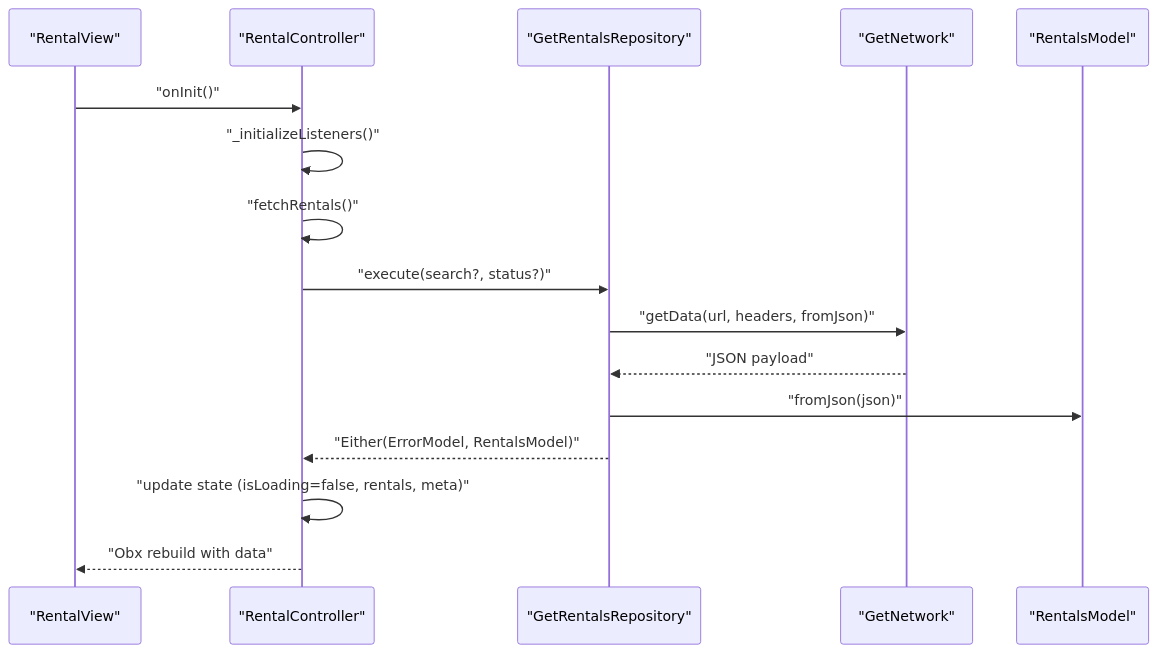
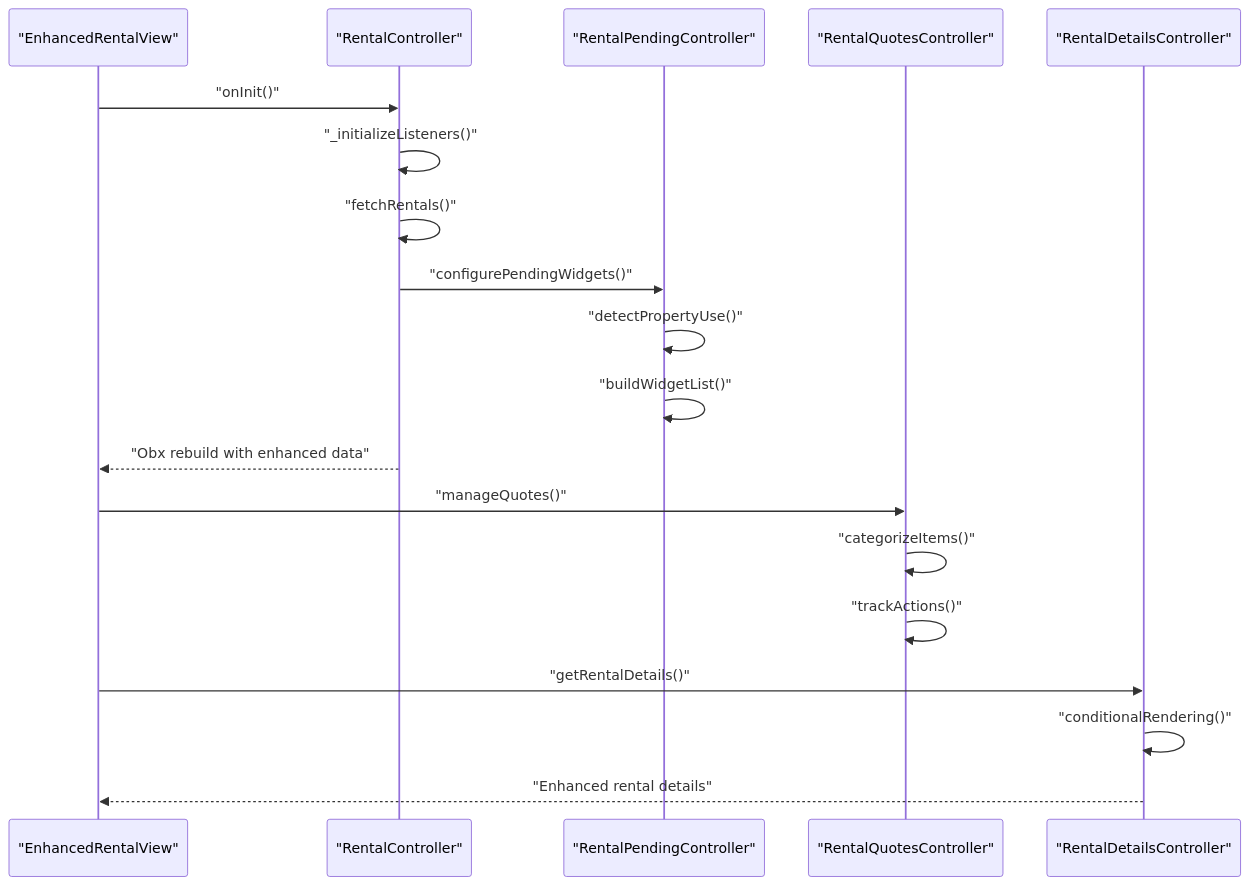
The second of 8 diagrams in .qoder/repowiki/en/content/Business Operations/Rental System.md (Ariful3111/FurniGo), drawn with Mermaid before and after one commit. The commit also changed other lines of this file and 9 other files, not shown here.

````diff
--- a/.qoder/repowiki/en/content/Business Operations/Rental System.md
+++ b/.qoder/repowiki/en/content/Business Operations/Rental System.md
@@ -126,18 +148,21 @@
 ```mermaid
 sequenceDiagram
-participant UI as "RentalView"
+participant UI as "EnhancedRentalView"
 participant RC as "RentalController"
-participant Repo as "GetRentalsRepository"
-participant Net as "GetNetwork"
-participant Model as "RentalsModel"
+participant RPC as "RentalPendingController"
+participant RQC as "RentalQuotesController"
+participant RDC as "RentalDetailsController"
 UI->>RC : "onInit()"
 RC->>RC : "_initializeListeners()"
 RC->>RC : "fetchRentals()"
-RC->>Repo : "execute(search?, status?)"
-Repo->>Net : "getData(url, headers, fromJson)"
-Net-->>Repo : "JSON payload"
-Repo->>Model : "fromJson(json)"
-Repo-->>RC : "Either(ErrorModel, RentalsModel)"
-RC->>RC : "update state (isLoading=false, rentals, meta)"
-RC-->>UI : "Obx rebuild with data"
+RC->>RPC : "configurePendingWidgets()"
+RPC->>RPC : "detectPropertyUse()"
+RPC->>RPC : "buildWidgetList()"
+RC-->>UI : "Obx rebuild with enhanced data"
+UI->>RQC : "manageQuotes()"
+RQC->>RQC : "categorizeItems()"
+RQC->>RQC : "trackActions()"
+UI->>RDC : "getRentalDetails()"
+RDC->>RDC : "conditionalRendering()"
+RDC-->>UI : "Enhanced rental details"
 ```
````
